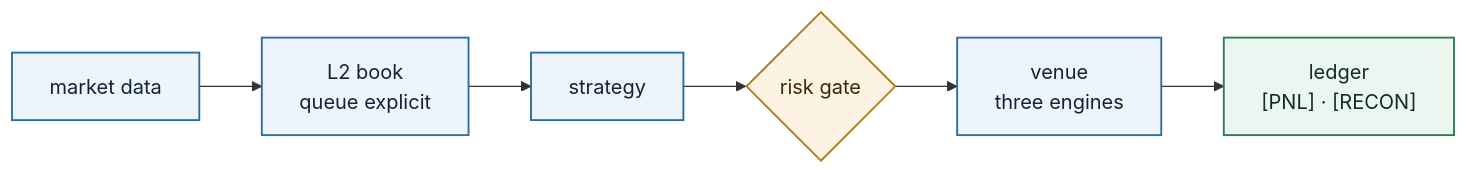
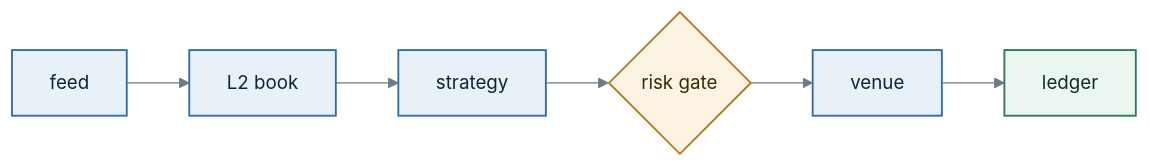
The diagram in README.md (12mango/ToyQuant), drawn with Mermaid before and after one commit. The commit also changed 3 other files, not shown here.

First line of the commit message:
Make the two figures lay out sideways and read in either palette

````diff
--- a/README.md
+++ b/README.md
@@ -20,14 +20,13 @@
 ```mermaid
-%% The front door's version of the path: the same six boxes, no side branches, and a copy of docs/_figures/path-front.mmd
-%% because GitHub renders mermaid but cannot include a file. Keep the two in step. Every node carries its own fill and
-%% text colour: Mermaid's default theme is dark text on a transparent background, which disappears on a dark page.
+%%{init: {"theme":"base","themeVariables":{"fontSize":"15px","primaryColor":"#e8f1f8","primaryTextColor":"#10233a","primaryBorderColor":"#2f6fa8","lineColor":"#6b7b8c","textColor":"#10233a","nodeTextColor":"#10233a","titleColor":"#10233a"}}}%%
+%% A copy of docs/_figures/path-front.mmd, because GitHub renders mermaid but cannot include a file. Keep the two in step.
 flowchart LR
-    D["market data"] --> B["L2 book<br/>queue explicit"] --> S["strategy"] --> G{"risk gate"} --> M["venue<br/>three engines"] --> L["ledger<br/>[PNL] · [RECON]"]
+    D["feed"] --> B["L2 book"] --> S["strategy"] --> G{"risk gate"} --> M["venue"] --> L["ledger"]
 
-    classDef box fill:#eef4fb,stroke:#2b6ca3,stroke-width:1.5px,color:#0f2438
+    classDef box fill:#e8f1f8,stroke:#2f6fa8,stroke-width:1.5px,color:#10233a
     classDef gate fill:#fdf3e3,stroke:#b07d1c,stroke-width:1.5px,color:#3b2a06
     classDef good fill:#eaf6ef,stroke:#2c7d54,stroke-width:1.5px,color:#0d2f21
     class D,B,S,M box
     class G gate
     class L good
 ```
````
